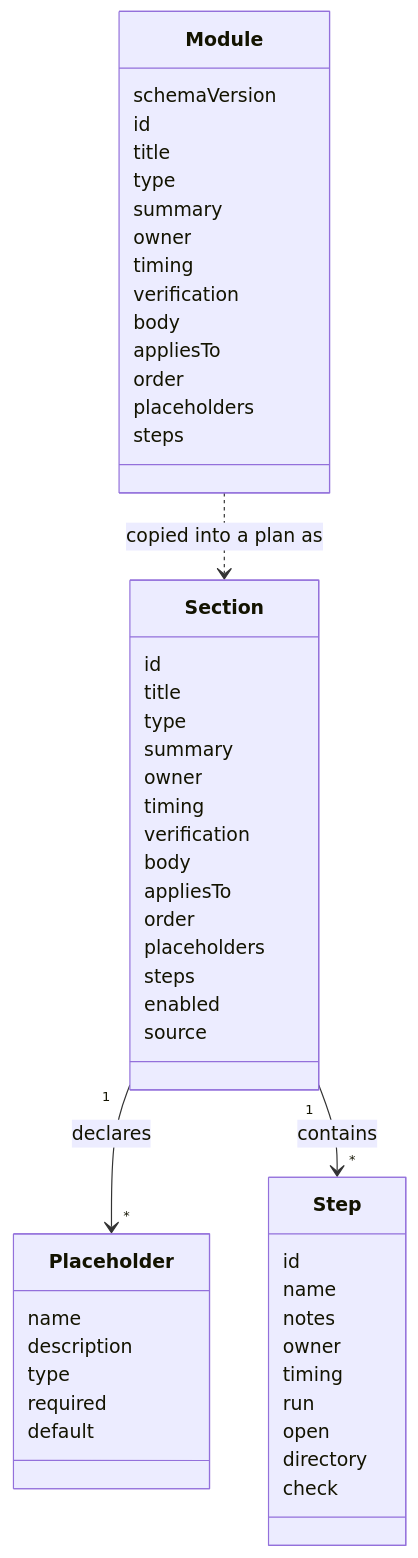
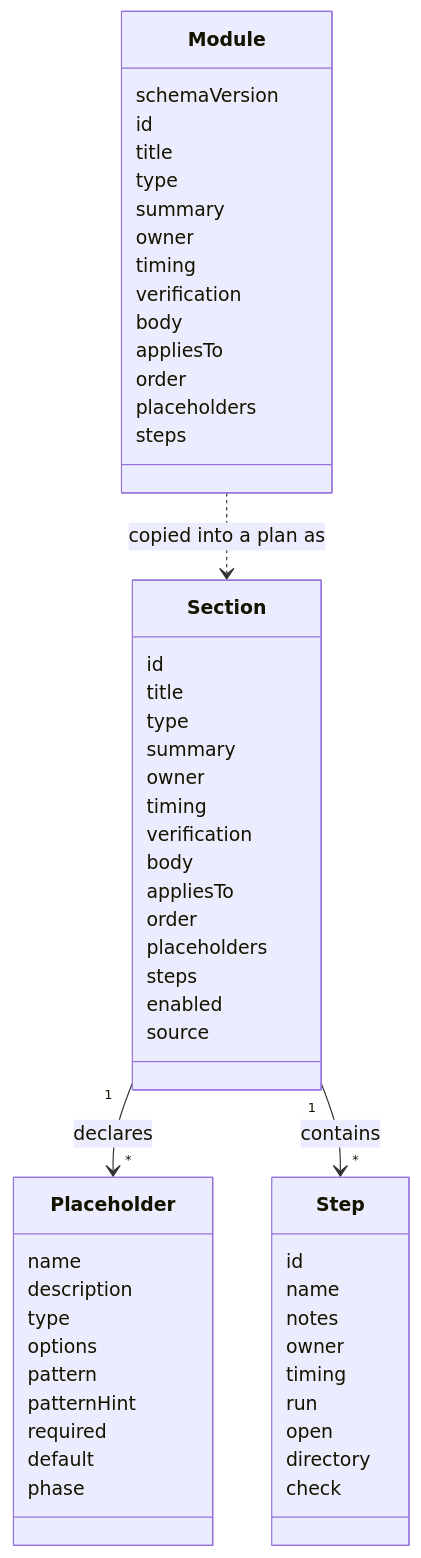
One commit to 8thlight-daveloper/onboard-kit changed the diagram in docs/architecture/05-module-schema.md. Above: the diagram before and after it, drawn with Mermaid. The commit also changed other lines of this file and 10 other files, not shown here.

````diff
--- a/docs/architecture/05-module-schema.md
+++ b/docs/architecture/05-module-schema.md
@@ -7,56 +7,60 @@
 ```mermaid
 classDiagram
     class Module {
         schemaVersion
         id
         title
         type
         summary
         owner
         timing
         verification
         body
         appliesTo
         order
         placeholders
         steps
     }
     class Section {
         id
         title
         type
         summary
         owner
         timing
         verification
         body
         appliesTo
         order
         placeholders
         steps
         enabled
         source
     }
     class Step {
         id
         name
         notes
         owner
         timing
         run
         open
         directory
         check
     }
     class Placeholder {
         name
         description
         type
+        options
+        pattern
+        patternHint
         required
         default
+        phase
     }
 
     Module ..> Section : copied into a plan as
     Section "1" --> "*" Placeholder : declares
     Section "1" --> "*" Step : contains
 ```
````
